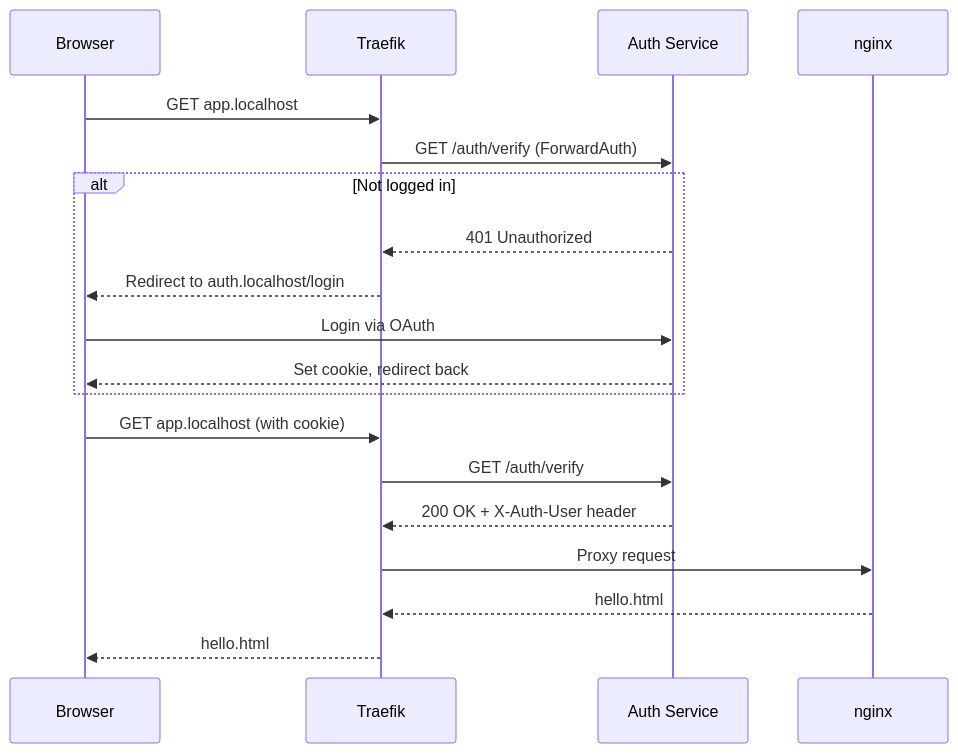
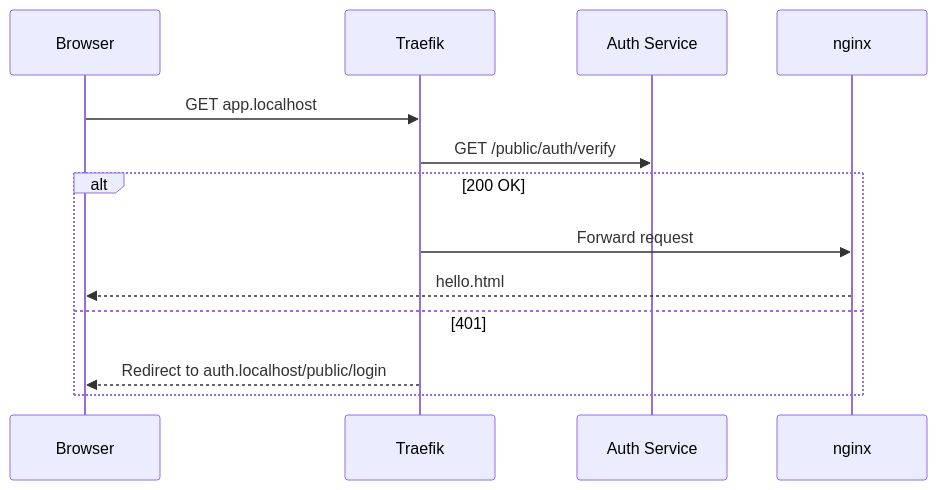
Before and after one commit to levino/pocketbase-auth: the diagram in demos/coolify-compose/README.md, drawn with Mermaid. The commit also changed other lines of this file and 58 other files, not shown here.

````diff
--- a/demos/coolify-compose/README.md
+++ b/demos/coolify-compose/README.md
@@ -33,22 +5,16 @@
 ```mermaid
 sequenceDiagram
     participant B as Browser
     participant T as Traefik
     participant A as Auth Service
     participant N as nginx
 
     B->>T: GET app.localhost
-    T->>A: GET /auth/verify (ForwardAuth)
-    alt Not logged in
-        A-->>T: 401 Unauthorized
-        T-->>B: Redirect to auth.localhost/login
-        B->>A: Login via OAuth
-        A-->>B: Set cookie, redirect back
+    T->>A: GET /public/auth/verify
+    alt 200 OK
+        T->>N: Forward request
+        N-->>B: hello.html
+    else 401
+        T-->>B: Redirect to auth.localhost/public/login
     end
-    B->>T: GET app.localhost (with cookie)
-    T->>A: GET /auth/verify
-    A-->>T: 200 OK + X-Auth-User header
-    T->>N: Proxy request
-    N-->>T: hello.html
-    T-->>B: hello.html
 ```
````
